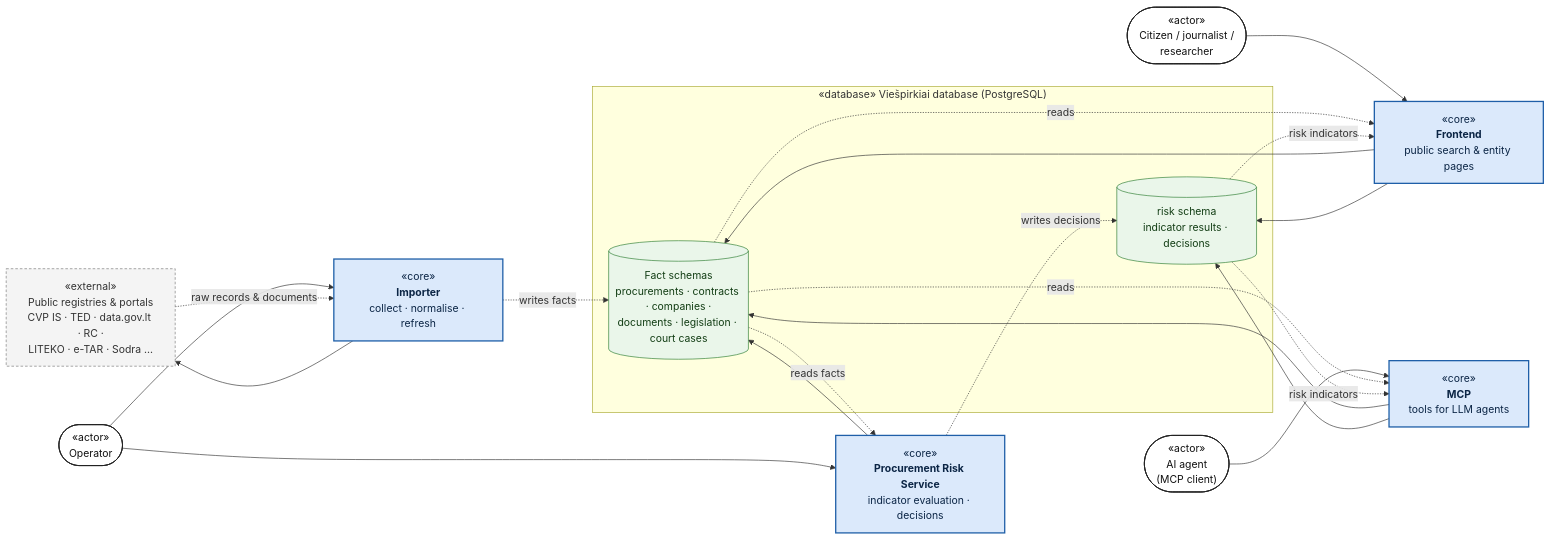
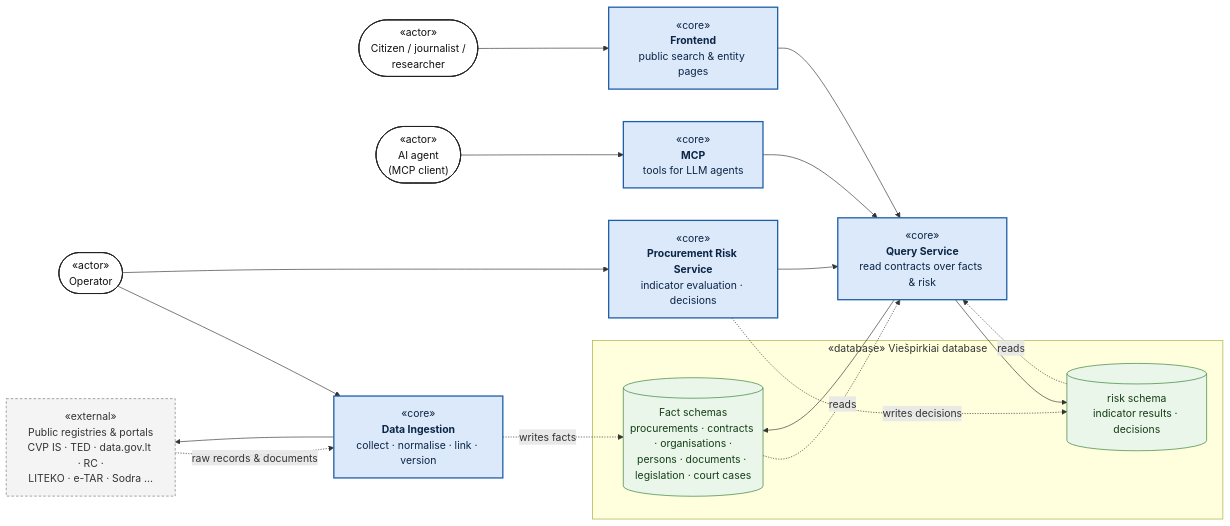
The first of 4 diagrams in docs/architecture/architecture-upgrade.md (Viespirkiu-grupe/viespirkiai), drawn with Mermaid before and after one commit. The commit also changed other lines of this file, not shown here.

````diff
--- a/docs/architecture/architecture-upgrade.md
+++ b/docs/architecture/architecture-upgrade.md
@@ -31,45 +33,47 @@
 ```mermaid
 flowchart LR
   classDef actor fill:#ffffff,stroke:#222,stroke-width:1.5px,color:#111
   classDef core fill:#dbe9fb,stroke:#1f5fa8,stroke-width:2px,color:#0b2545
   classDef store fill:#eaf6ea,stroke:#2e7d32,color:#123d14
   classDef ext fill:#f4f4f4,stroke:#777,stroke-dasharray:4 3,color:#333
 
   src["«external»<br/>Public registries & portals<br/>CVP IS · TED · data.gov.lt · RC ·<br/>LITEKO · e-TAR · Sodra …"]:::ext
   op(["«actor»<br/>Operator"]):::actor
   citizen(["«actor»<br/>Citizen / journalist /<br/>researcher"]):::actor
   agent(["«actor»<br/>AI agent<br/>(MCP client)"]):::actor
 
-  imp["«core»<br/><b>Importer</b><br/>collect · normalise · refresh"]:::core
-  fe["«core»<br/><b>Frontend</b><br/>public search & entity pages"]:::core
-  risk["«core»<br/><b>Procurement Risk Service</b><br/>indicator evaluation · decisions"]:::core
-  mcp["«core»<br/><b>MCP</b><br/>tools for LLM agents"]:::core
+  ing["«core»<br/><b>Data Ingestion</b><br/>collect · normalise · link · version"]:::core
 
-  subgraph DB["«database» Viešpirkiai database (PostgreSQL)"]
-    facts[("Fact schemas<br/>procurements · contracts · companies ·<br/>documents · legislation · court cases")]:::store
+  subgraph DB["«database» Viešpirkiai database"]
+    facts[("Fact schemas<br/>procurements · contracts · organisations ·<br/>persons · documents · legislation · court cases")]:::store
     riskdb[("risk schema<br/>indicator results · decisions")]:::store
   end
 
-  op --> imp
+  qs["«core»<br/><b>Query Service</b><br/>read contracts over facts & risk"]:::core
+  risk["«core»<br/><b>Procurement Risk Service</b><br/>indicator evaluation · decisions"]:::core
+  fe["«core»<br/><b>Frontend</b><br/>public search & entity pages"]:::core
+  mcp["«core»<br/><b>MCP</b><br/>tools for LLM agents"]:::core
+
+  %% ── Actors ──
+  op --> ing
   op --> risk
   citizen --> fe
   agent --> mcp
 
-  imp --> src
-  src -.->|"raw records & documents"| imp
-  imp -.->|"writes facts"| facts
+  %% ── Ingestion ──
+  ing --> src
+  src -.->|"raw records & documents"| ing
+  ing -.->|"writes facts"| facts
 
-  risk --> facts
-  facts -.->|"reads facts"| risk
+  %% ── Read path ──
+  fe --> qs
+  mcp --> qs
+  risk --> qs
+  qs --> facts
+  qs --> riskdb
+  facts -.->|"reads"| qs
+  riskdb -.->|"reads"| qs
+
+  %% ── Risk writes ──
   risk -.->|"writes decisions"| riskdb
-
-  fe --> facts
-  fe --> riskdb
-  facts -.->|"reads"| fe
-  riskdb -.->|"risk indicators"| fe
-
-  mcp --> facts
-  mcp --> riskdb
-  facts -.->|"reads"| mcp
-  riskdb -.->|"risk indicators"| mcp
 ```
````
